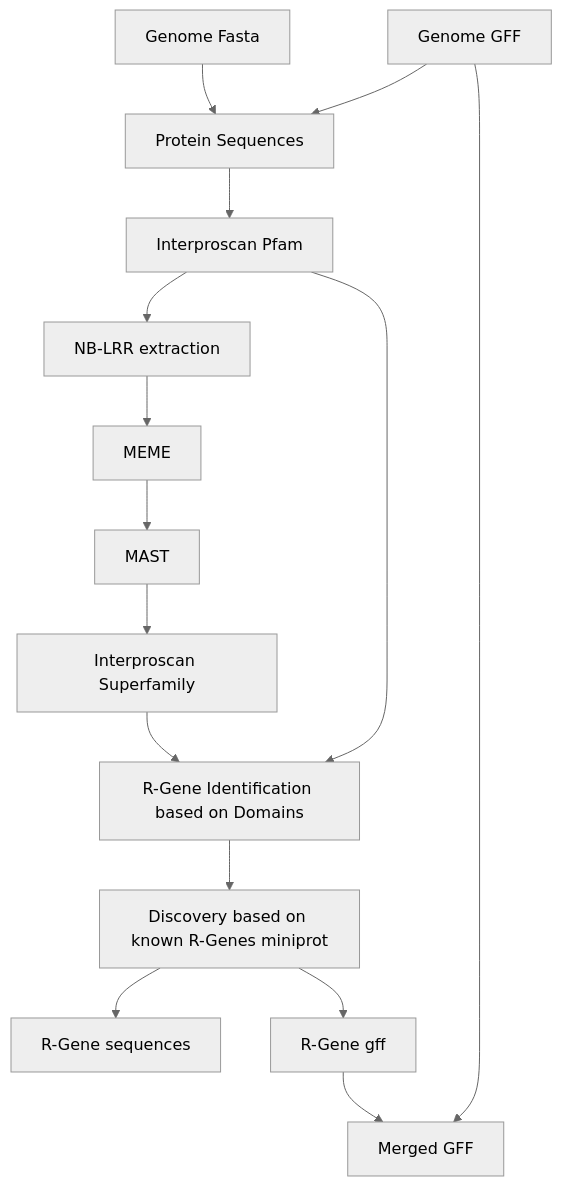
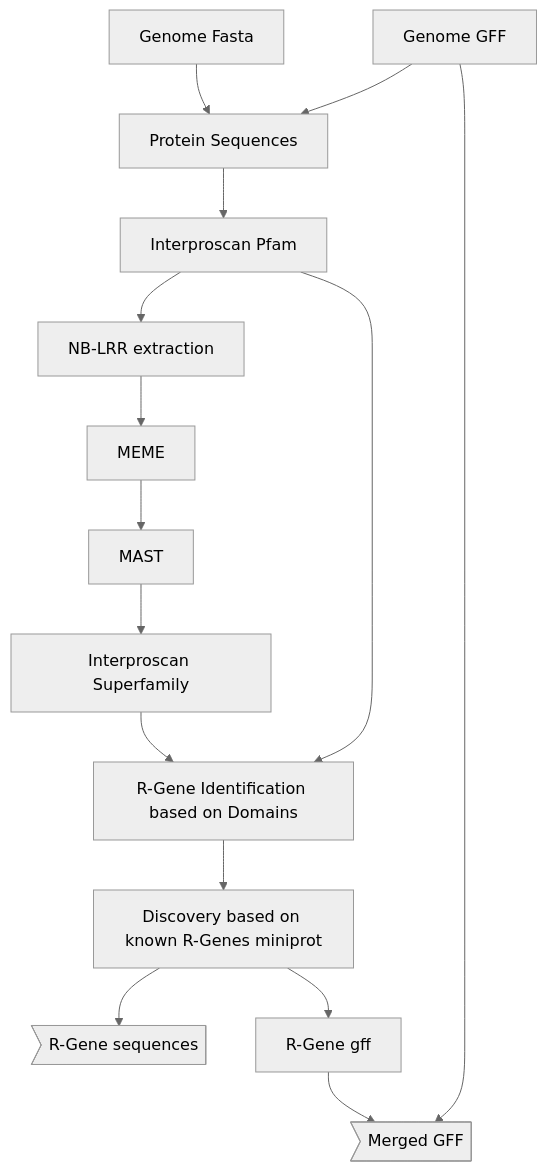
One commit to nschan/nf-annotate changed the second of 2 diagrams in README.md. Above: the diagram before and after it, drawn with Mermaid (neutral theme).

Commit message:
update graph

````diff
--- a/README.md
+++ b/README.md
@@ -65,17 +65,17 @@
 ```mermaid
 graph TD;
   fasta[Genome Fasta] --> protseqs[Protein Sequences]
   ingff[Genome GFF] --> protseqs[Protein Sequences]
   protseqs --> pfam[Interproscan Pfam]
   pfam --> nbarc[NB-LRR extraction]
   nbarc --> meme[MEME]
   meme --> mast[MAST]
   mast --> superfam[Interproscan Superfamily]
   pfam --> rgdomains[R-Gene Identification based on Domains]
   superfam --> rgdomains
   rgdomains --> miniprot[Discovery based on known R-Genes miniprot]
-  miniprot --> seqs[R-Gene sequences]
+  miniprot --> seqs>R-Gene sequences]
   miniprot --> rgff[R-Gene gff]
-  ingff --> mergegff[Merged GFF]
-  rgff --> mergegff[Merged GFF]
+  ingff --> mergegff>Merged GFF]
+  rgff --> mergegff
 ```
````
